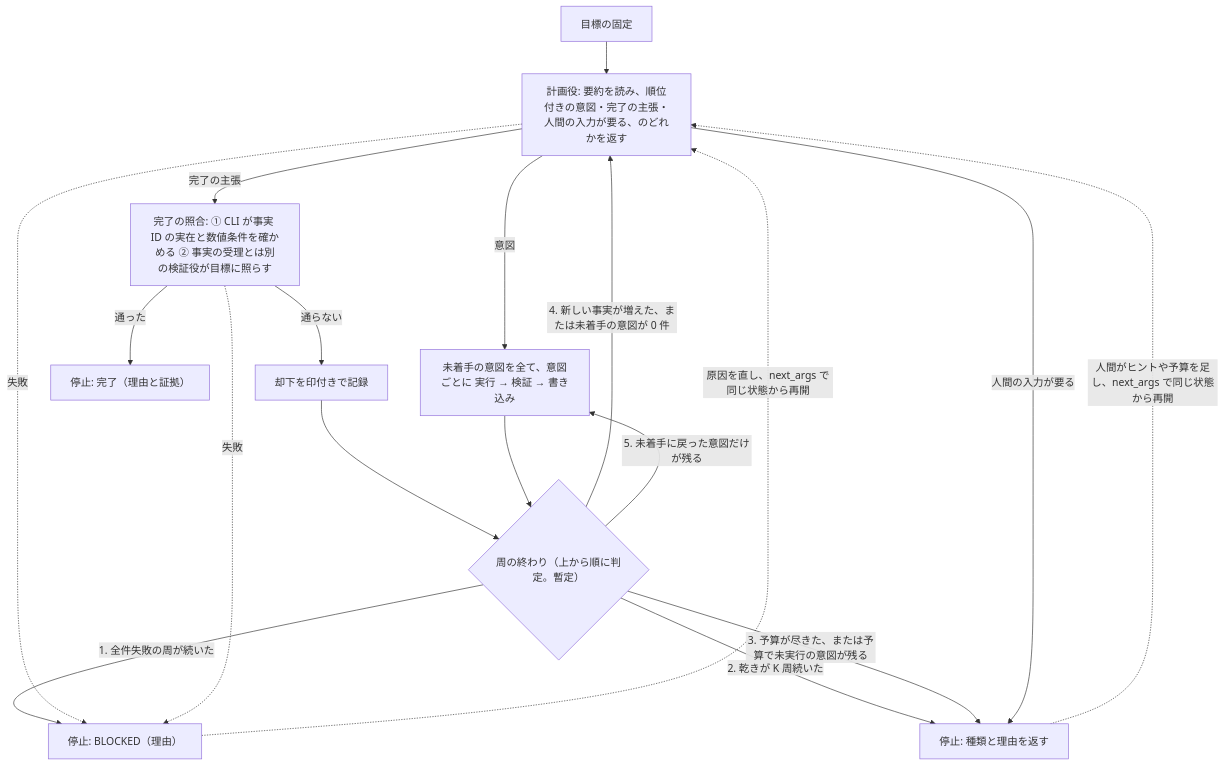
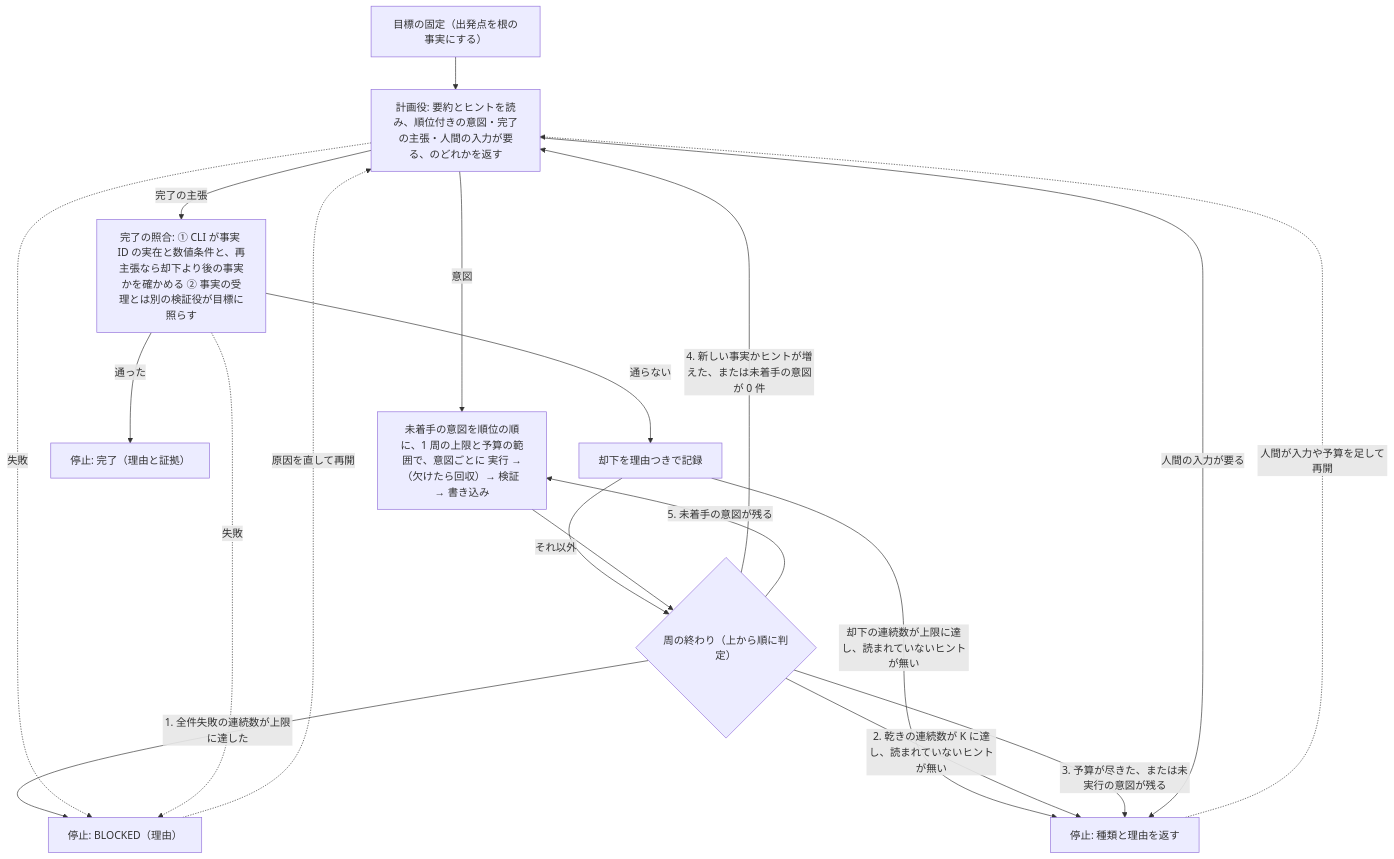
The third of 3 diagrams in docs/design/skill-design-patterns.md (yoshiysh/claude-plugins), drawn with Mermaid before and after one commit. The commit also changed other lines of this file, not shown here.

````diff
--- a/docs/design/skill-design-patterns.md
+++ b/docs/design/skill-design-patterns.md
@@ -147,19 +236,21 @@
 ```mermaid
 flowchart TD
-  A["目標の固定"] --> P["計画役: 要約を読み、順位付きの意図・完了の主張・人間の入力が要る、のどれかを返す"]
-  P -- 意図 --> X["未着手の意図を全て、意図ごとに 実行 → 検証 → 書き込み"]
-  P -- 完了の主張 --> C["完了の照合: ① CLI が事実 ID の実在と数値条件を確かめる ② 事実の受理とは別の検証役が目標に照らす"]
+  A["目標の固定（出発点を根の事実にする）"] --> P["計画役: 要約とヒントを読み、順位付きの意図・完了の主張・人間の入力が要る、のどれかを返す"]
+  P -- 意図 --> X["未着手の意図を順位の順に、1 周の上限と予算の範囲で、意図ごとに 実行 →（欠けたら回収）→ 検証 → 書き込み"]
+  P -- 完了の主張 --> C["完了の照合: ① CLI が事実 ID の実在と数値条件と、再主張なら却下より後の事実かを確かめる ② 事実の受理とは別の検証役が目標に照らす"]
   C -- 通った --> E["停止: 完了（理由と証拠）"]
-  C -- 通らない --> RJ["却下を印付きで記録"] --> R
-  X --> R{"周の終わり（上から順に判定。暫定）"}
-  R -- "1. 全件失敗の周が続いた" --> B["停止: BLOCKED（理由）"]
-  R -- "2. 乾きが K 周続いた" --> H["停止: 種類と理由を返す"]
-  R -- "3. 予算が尽きた、または予算で未実行の意図が残る" --> H
-  R -- "4. 新しい事実が増えた、または未着手の意図が 0 件" --> P
-  R -- "5. 未着手に戻った意図だけが残る" --> X
+  C -- 通らない --> RJ["却下を理由つきで記録"]
+  RJ -- "却下の連続数が上限に達し、読まれていないヒントが無い" --> H
+  RJ -- それ以外 --> R
+  X --> R{"周の終わり（上から順に判定）"}
+  R -- "1. 全件失敗の連続数が上限に達した" --> B["停止: BLOCKED（理由）"]
+  R -- "2. 乾きの連続数が K に達し、読まれていないヒントが無い" --> H["停止: 種類と理由を返す"]
+  R -- "3. 予算が尽きた、または未実行の意図が残る" --> H
+  R -- "4. 新しい事実かヒントが増えた、または未着手の意図が 0 件" --> P
+  R -- "5. 未着手の意図が残る" --> X
   P -- 人間の入力が要る --> H
   P -. 失敗 .-> B
   C -. 失敗 .-> B
-  H -. "人間がヒントや予算を足し、next_args で同じ状態から再開" .-> P
-  B -. "原因を直し、next_args で同じ状態から再開" .-> P
+  H -. "人間が入力や予算を足して再開" .-> P
+  B -. "原因を直して再開" .-> P
 ```
````
